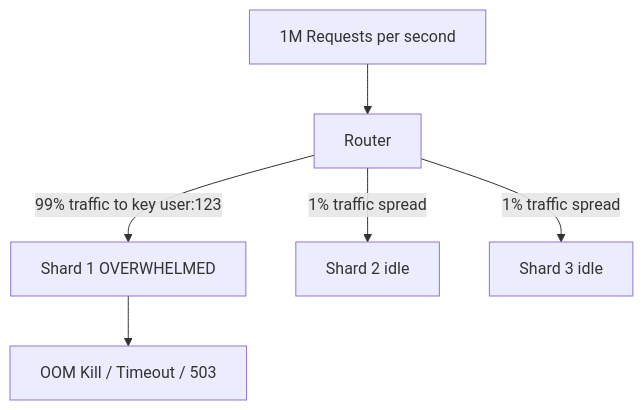
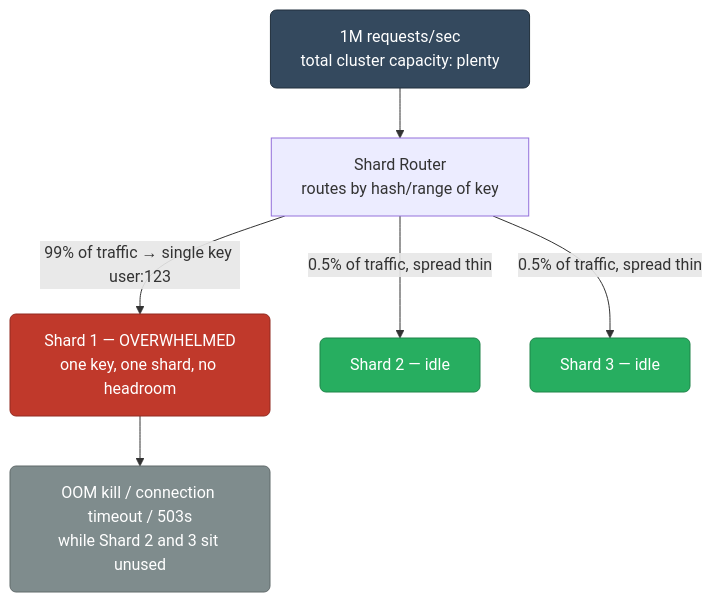
One commit to deepanshu-rawat6/DevOpsIndex changed the seventh of 11 diagrams in system-design/scaling.md. Above: the diagram before and after it, drawn with Mermaid. The commit also changed other lines of this file and 8 other files, not shown here.

````diff
--- a/system-design/scaling.md
+++ b/system-design/scaling.md
@@ -284,8 +415,15 @@
 ```mermaid
 graph TD
-    Users[1M Requests per second] --> Router
-    Router -->|99% traffic to key user:123| HotShard[Shard 1 OVERWHELMED]
-    Router -->|1% traffic spread| Shard2[Shard 2 idle]
-    Router -->|1% traffic spread| Shard3[Shard 3 idle]
-    HotShard --> OOM[OOM Kill / Timeout / 503]
+    classDef traffic fill:#34495e,stroke:#212f3c,color:#fff,rx:6
+    classDef hot fill:#c0392b,stroke:#922b21,color:#fff,rx:6
+    classDef idle fill:#27ae60,stroke:#1e8449,color:#fff,rx:6
+    classDef failure fill:#7f8c8d,stroke:#616a6b,color:#fff,rx:6
+
+    Users["1M requests/sec<br/>total cluster capacity: plenty"]:::traffic --> Router["Shard Router<br/>routes by hash/range of key"]
+
+    Router -->|"99% of traffic → single key user:123"| HotShard["Shard 1 — OVERWHELMED<br/>one key, one shard, no headroom"]:::hot
+    Router -->|"0.5% of traffic, spread thin"| Shard2["Shard 2 — idle"]:::idle
+    Router -->|"0.5% of traffic, spread thin"| Shard3["Shard 3 — idle"]:::idle
+
+    HotShard --> OOM["OOM kill / connection timeout / 503s<br/>while Shard 2 and 3 sit unused"]:::failure
 ```
````
